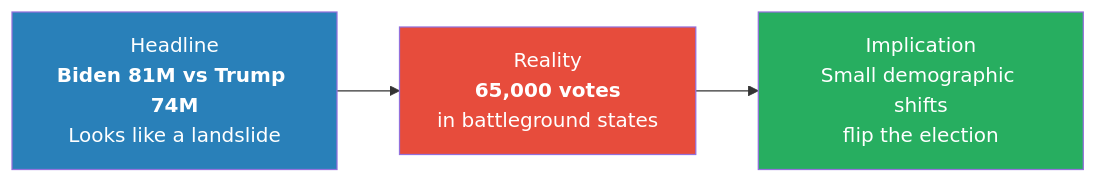
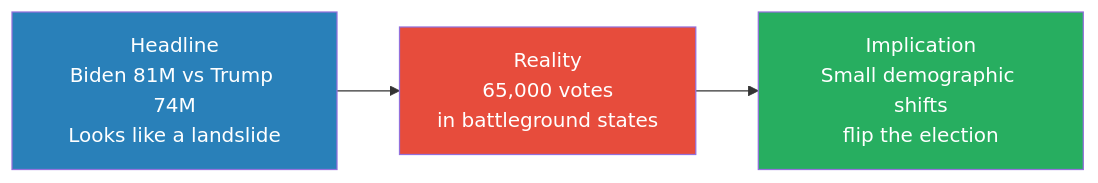
Before and after one commit to alius33/reader: the second of 9 diagrams in summaries/Lectures/Geo-Strategy/05 - Why Trump Will Win.md, drawn with Mermaid. The commit also changed other lines of this file and 26 other files, not shown here.

````diff
--- a/summaries/Lectures/Geo-Strategy/05 - Why Trump Will Win.md
+++ b/summaries/Lectures/Geo-Strategy/05 - Why Trump Will Win.md
@@ -84,10 +94,10 @@
 ```mermaid
 flowchart LR
-    H["Headline<br/><b>Biden 81M vs Trump 74M</b><br/>Looks like a landslide"]
-    R["Reality<br/><b>65,000 votes</b><br/>in battleground states"]
+    H["Headline<br/>Biden 81M vs Trump 74M<br/>Looks like a landslide"]
+    R["Reality<br/>65,000 votes<br/>in battleground states"]
     I["Implication<br/>Small demographic shifts<br/>flip the election"]
     H --> R --> I
     style H fill:#2980b9,color:#fff
     style R fill:#e74c3c,color:#fff
     style I fill:#27ae60,color:#fff
 ```
````
